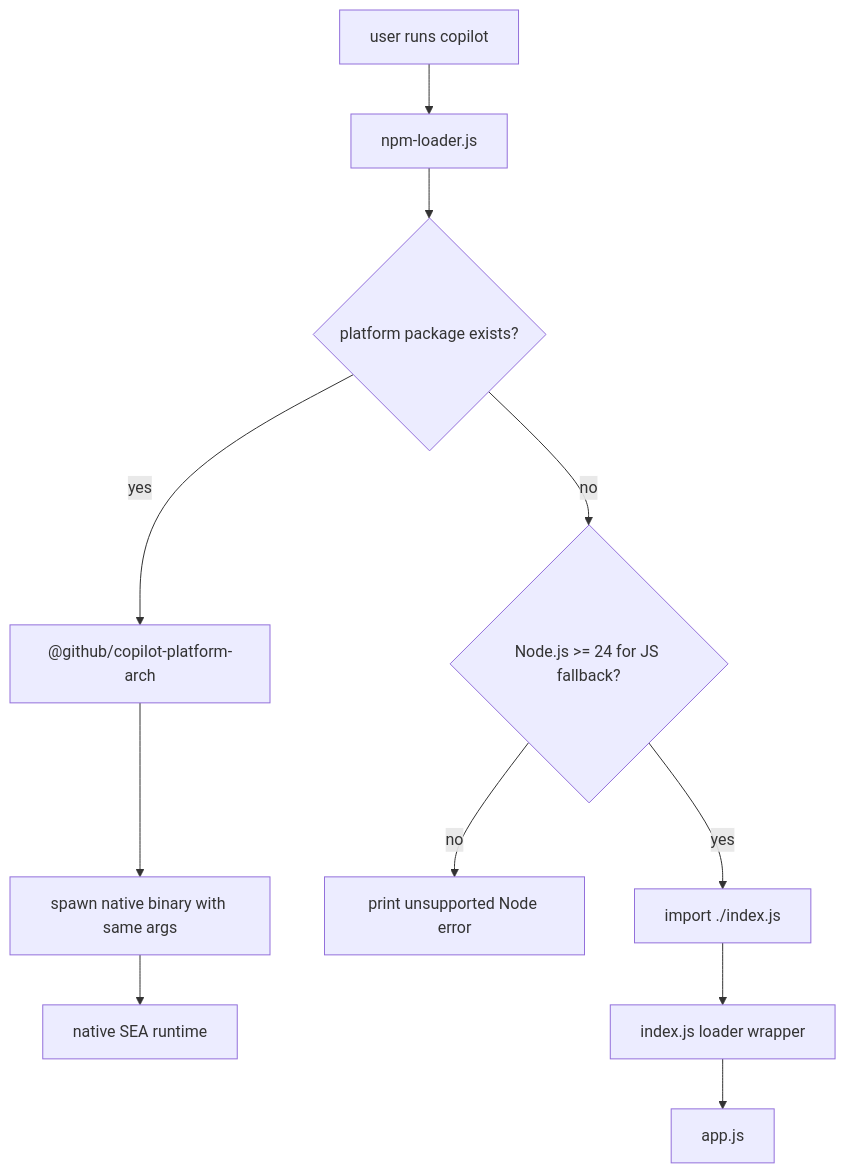
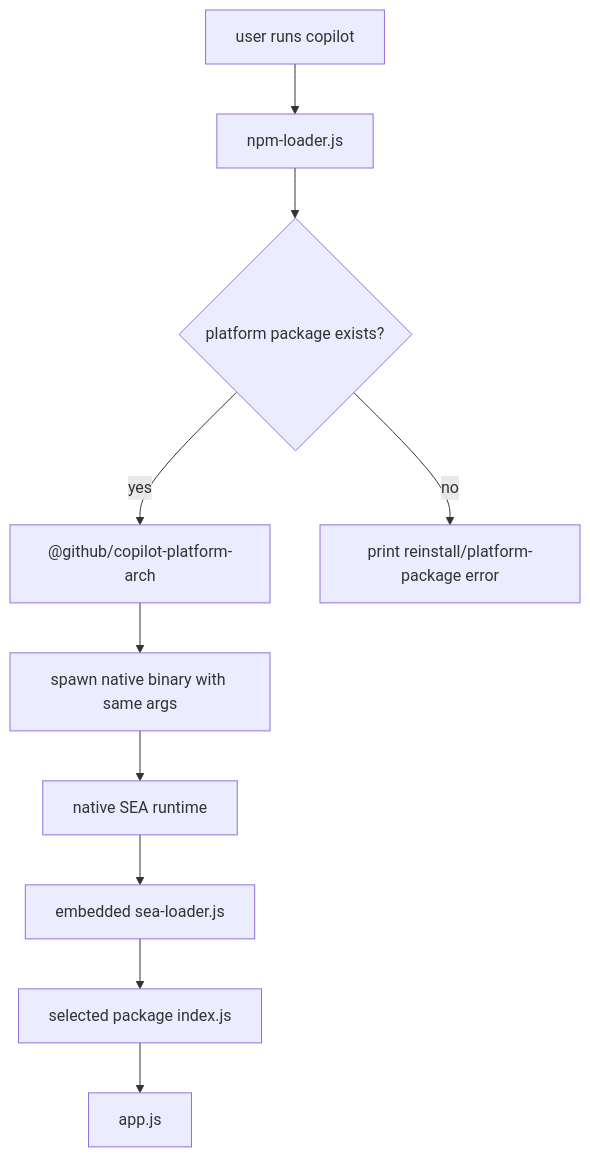
One commit to vibewatch/copilot-cli-internals changed the second of 6 diagrams in docs/01-runtime-lifecycle/loader-bootstrap.md. Above: the diagram before and after it, drawn with Mermaid. The commit also changed other lines of this file and 33 other files, not shown here.

````diff
--- a/docs/01-runtime-lifecycle/loader-bootstrap.md
+++ b/docs/01-runtime-lifecycle/loader-bootstrap.md
@@ -51,15 +54,14 @@
 ```mermaid
 flowchart TD
     Start["user runs copilot"] --> NpmLoader["npm-loader.js"]
     NpmLoader --> NativeCheck{"platform package exists?"}
 
     NativeCheck -- yes --> NativePkg["@github/copilot-platform-arch"]
     NativePkg --> SpawnNative["spawn native binary with same args"]
     SpawnNative --> NativeRuntime["native SEA runtime"]
 
-    NativeCheck -- no --> NodeVersion{"Node.js >= 24 for JS fallback?"}
-    NodeVersion -- no --> Fail["print unsupported Node error"]
-    NodeVersion -- yes --> ImportIndex["import ./index.js"]
-    ImportIndex --> IndexRuntime["index.js loader wrapper"]
+    NativeCheck -- no --> Fail["print reinstall/platform-package error"]
+    NativeRuntime --> SeaLoader["embedded sea-loader.js"]
+    SeaLoader --> IndexRuntime["selected package index.js"]
     IndexRuntime --> App["app.js"]
 ```
````
